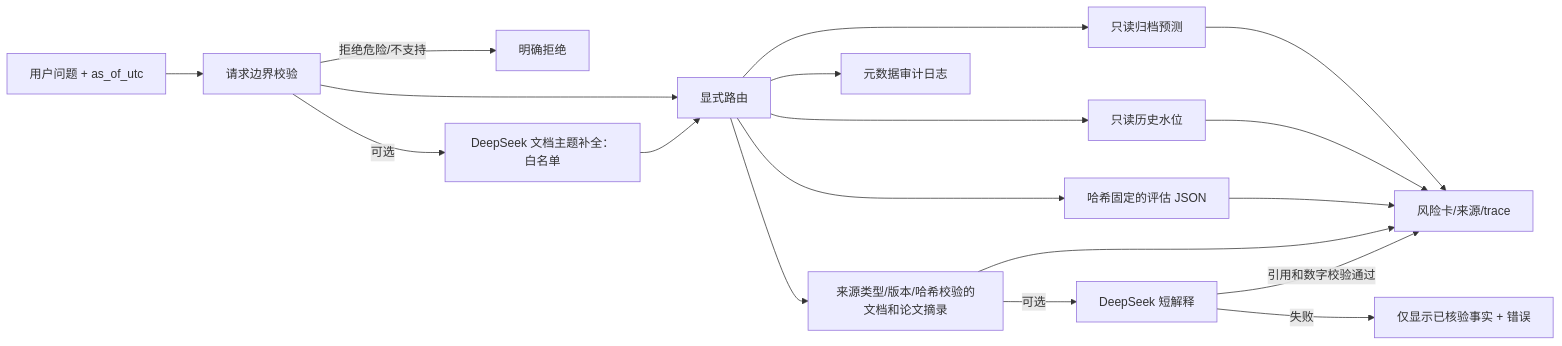
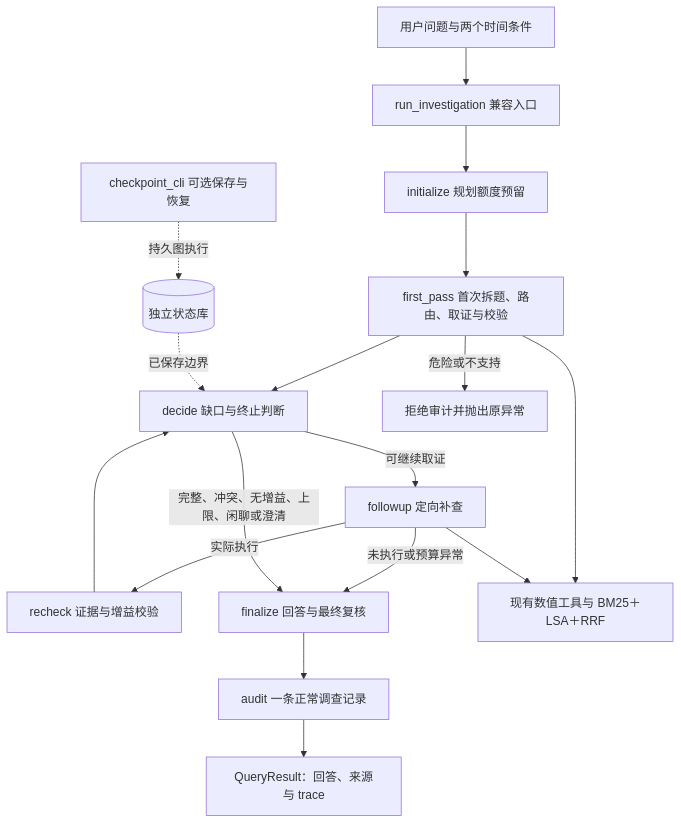
One commit to CrazyEpi/FloodPred-Agent changed the diagram in docs/08_architecture.md. Above: the diagram before and after it, drawn with Mermaid. The commit also changed other lines of this file and 31 other files, not shown here.

````diff
--- a/docs/08_architecture.md
+++ b/docs/08_architecture.md
@@ -3,20 +5,19 @@
 ```mermaid
-flowchart LR
-    U[用户问题 + as_of_utc] --> V[请求边界校验]
-    V -->|拒绝危险/不支持| X[明确拒绝]
-    V --> R[显式路由]
-    V -->|可选| S[DeepSeek 文档主题补全：白名单]
-    S --> R
-    R --> F[只读归档预测]
-    R --> W[只读历史水位]
-    R --> M[哈希固定的评估 JSON]
-    R --> K[来源类型/版本/哈希校验的文档和论文摘录]
-    K -->|可选| L[DeepSeek 短解释]
-    F --> O[风险卡/来源/trace]
-    W --> O
-    M --> O
-    K --> O
-    L -->|引用和数字校验通过| O
-    L -->|失败| E[仅显示已核验事实 + 错误]
-    R --> A[元数据审计日志]
+flowchart TD
+    U[用户问题与两个时间条件] --> I[run_investigation 兼容入口]
+    I --> N[initialize 规划额度预留]
+    N --> F[first_pass 首次拆题、路由、取证与校验]
+    F --> D[decide 缺口与终止判断]
+    D -->|可继续取证| G[followup 定向补查]
+    G -->|实际执行| R[recheck 证据与增益校验]
+    R --> D
+    G -->|未执行或预算异常| A[finalize 回答与最终复核]
+    D -->|完整、冲突、无增益、上限、闲聊或澄清| A
+    A --> L[audit 一条正常调查记录]
+    L --> O[QueryResult：回答、来源与 trace]
+    F --> T[现有数值工具与 BM25＋LSA＋RRF]
+    G --> T
+    F -->|危险或不支持| X[拒绝审计并抛出原异常]
+    C[checkpoint_cli 可选保存与恢复] -.持久图执行.-> S[(独立状态库)]
+    S -.已保存边界.-> D
 ```
````
